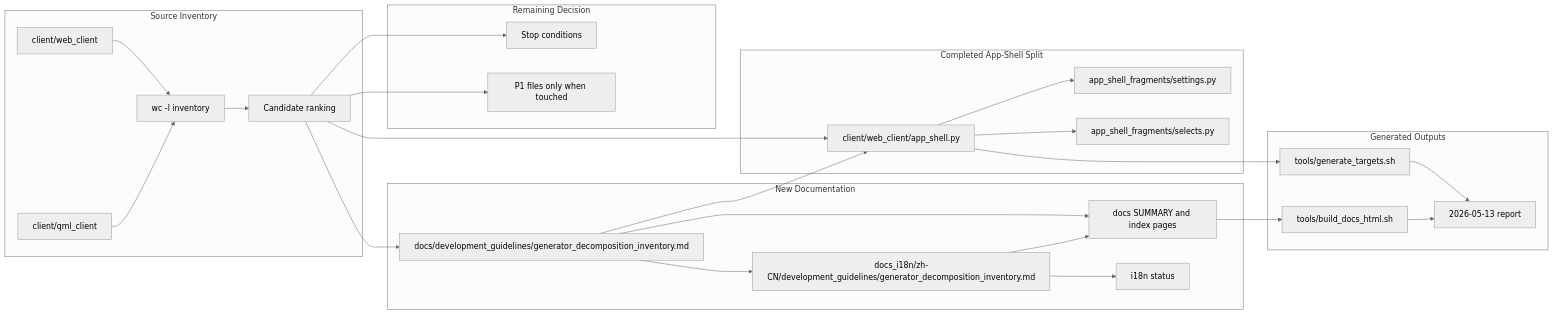
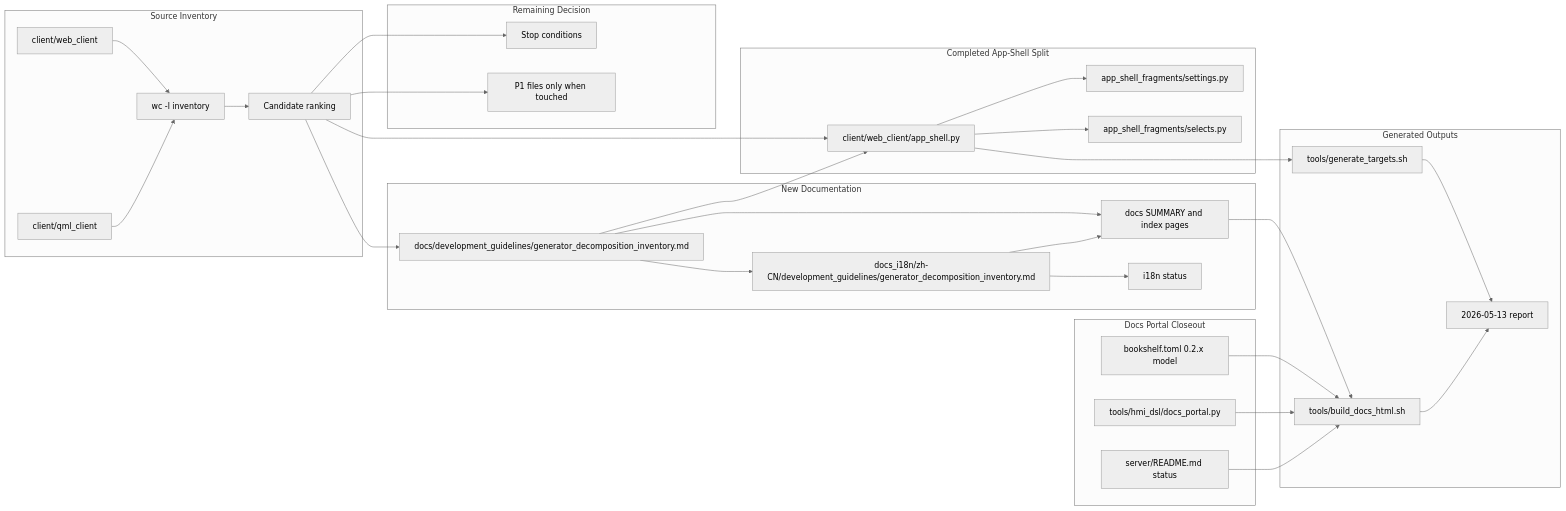
One commit to luppiterw/metanc_hmi_dsl_reports changed the diagram in 2026-05-13-codex-session/architecture-diagram.md. Above: the diagram before and after it, drawn with Mermaid (neutral theme). The commit also changed 16 other files, not shown here.

````diff
--- a/2026-05-13-codex-session/architecture-diagram.md
+++ b/2026-05-13-codex-session/architecture-diagram.md
@@ -3,52 +3,61 @@
 ```mermaid
 flowchart LR
     subgraph SourceInventory[Source Inventory]
         WEB[client/web_client]
         QML[client/qml_client]
         COUNT[wc -l inventory]
         RANK[Candidate ranking]
     end
 
     subgraph NewDocs[New Documentation]
         EN[docs/development_guidelines/generator_decomposition_inventory.md]
         ZH[docs_i18n/zh-CN/development_guidelines/generator_decomposition_inventory.md]
         NAV[docs SUMMARY and index pages]
         I18N[i18n status]
     end
 
     subgraph Outputs[Generated Outputs]
         TARGETS[tools/generate_targets.sh]
         DOCS[tools/build_docs_html.sh]
         REPORT[2026-05-13 report]
+    end
+
+    subgraph DocsPortal[Docs Portal Closeout]
+        BOOKSHELF[bookshelf.toml 0.2.x model]
+        PORTAL[tools/hmi_dsl/docs_portal.py]
+        SERVERDOC[server/README.md status]
     end
 
     subgraph AppShellSplit[Completed App-Shell Split]
         SHELL[client/web_client/app_shell.py]
         SETTINGS[app_shell_fragments/settings.py]
         SELECTS[app_shell_fragments/selects.py]
     end
 
     subgraph Decision[Remaining Decision]
         STOP[Stop conditions]
         P1[P1 files only when touched]
     end
 
     WEB --> COUNT
     QML --> COUNT
     COUNT --> RANK
     RANK --> EN
     EN --> ZH
     EN --> NAV
     ZH --> NAV
     ZH --> I18N
     NAV --> DOCS
     EN --> SHELL
     SHELL --> SETTINGS
     SHELL --> SELECTS
     SHELL --> TARGETS
     TARGETS --> REPORT
+    BOOKSHELF --> DOCS
+    PORTAL --> DOCS
+    SERVERDOC --> DOCS
     DOCS --> REPORT
     RANK --> SHELL
     RANK --> P1
     RANK --> STOP
 ```
````
